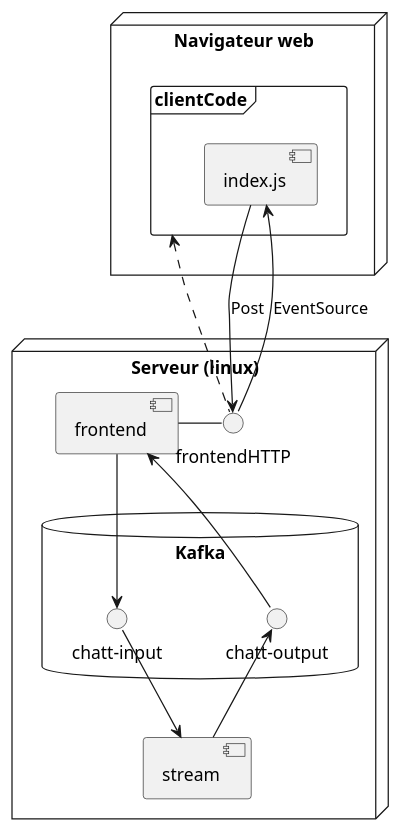
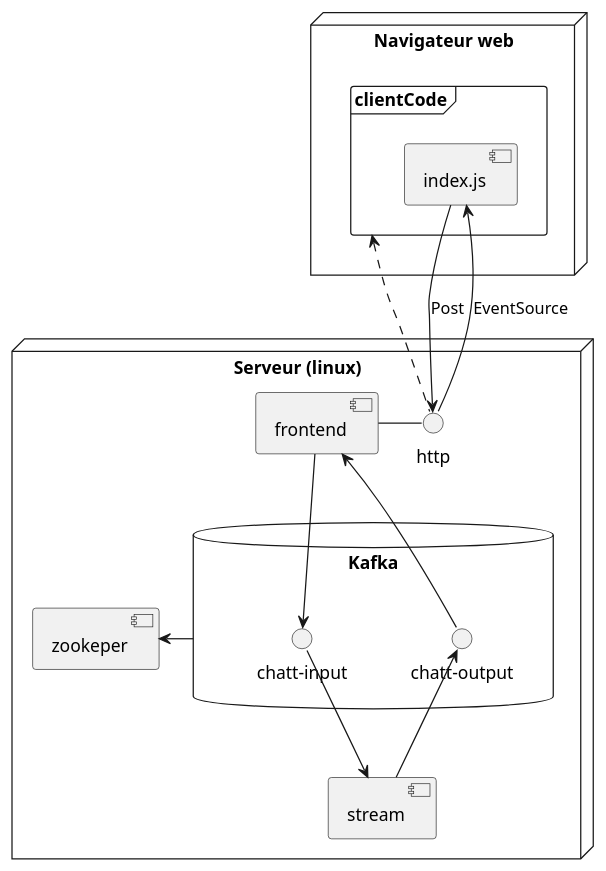
One commit to HuguesGuilleus/isty-kafka changed the diagram in architecture.plantuml. Above: the diagram before and after it, drawn with PlantUML. The commit also changed 1 other file, not shown here.

Commit message:
Add zookeper in architecture diagram

```diff
--- a/architecture.plantuml
+++ b/architecture.plantuml
@@ -1,30 +1,34 @@
 @startuml
 
 node "Navigateur web" {
 	frame clientCode {
 		[index.js]
 	}
 }
 
 node "Serveur (linux)" {
 	component frontend
-	interface frontendHTTP
-	frontend - frontendHTTP
+	interface http
+	frontend - http
 	database "Kafka" {
 		interface "chatt-input"
 		interface "chatt-output"
 	}
+	component zookeper
 	component stream
+
 
 	frontend -down-> [chatt-input]
 	frontend <-up- [chatt-output]
 
 	[chatt-input] -down-> stream
 	stream -up-> [chatt-output]
+
+	Kafka->zookeper
 }
 
-[frontendHTTP] .up.> clientCode
-[index.js] --> [frontendHTTP] : Post
-[frontendHTTP] --> [index.js] : EventSource
+[http] .up.> clientCode
+[index.js] --> [http] : Post
+[http] --> [index.js] : EventSource
 
 @enduml
```
